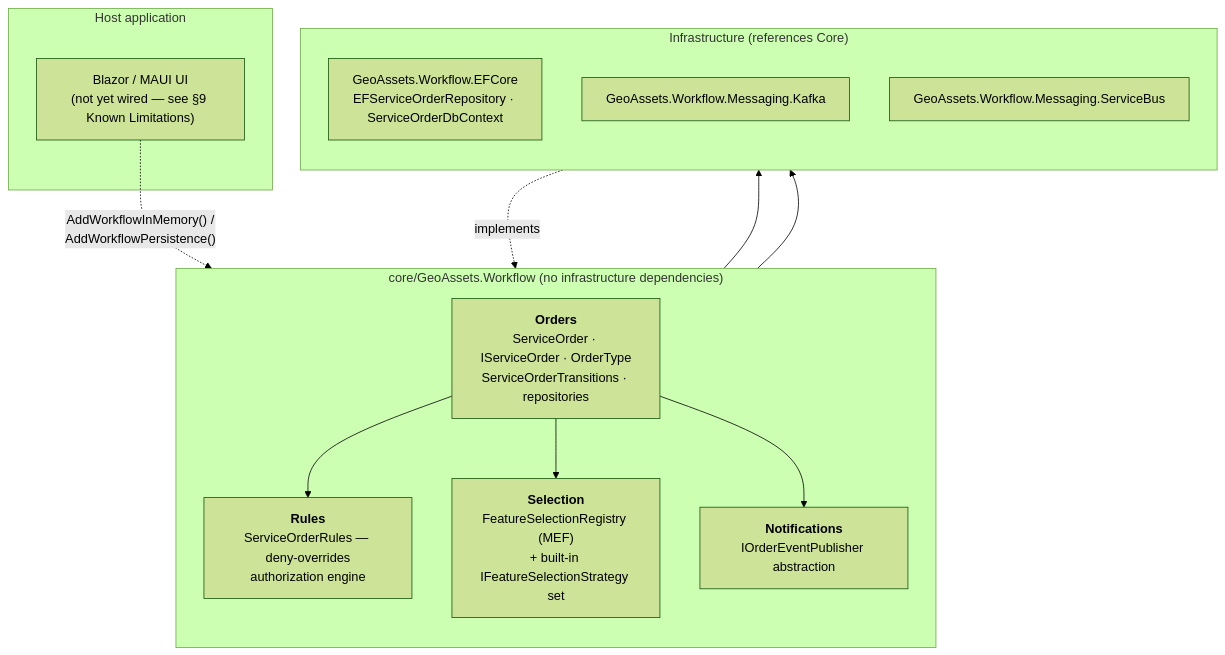
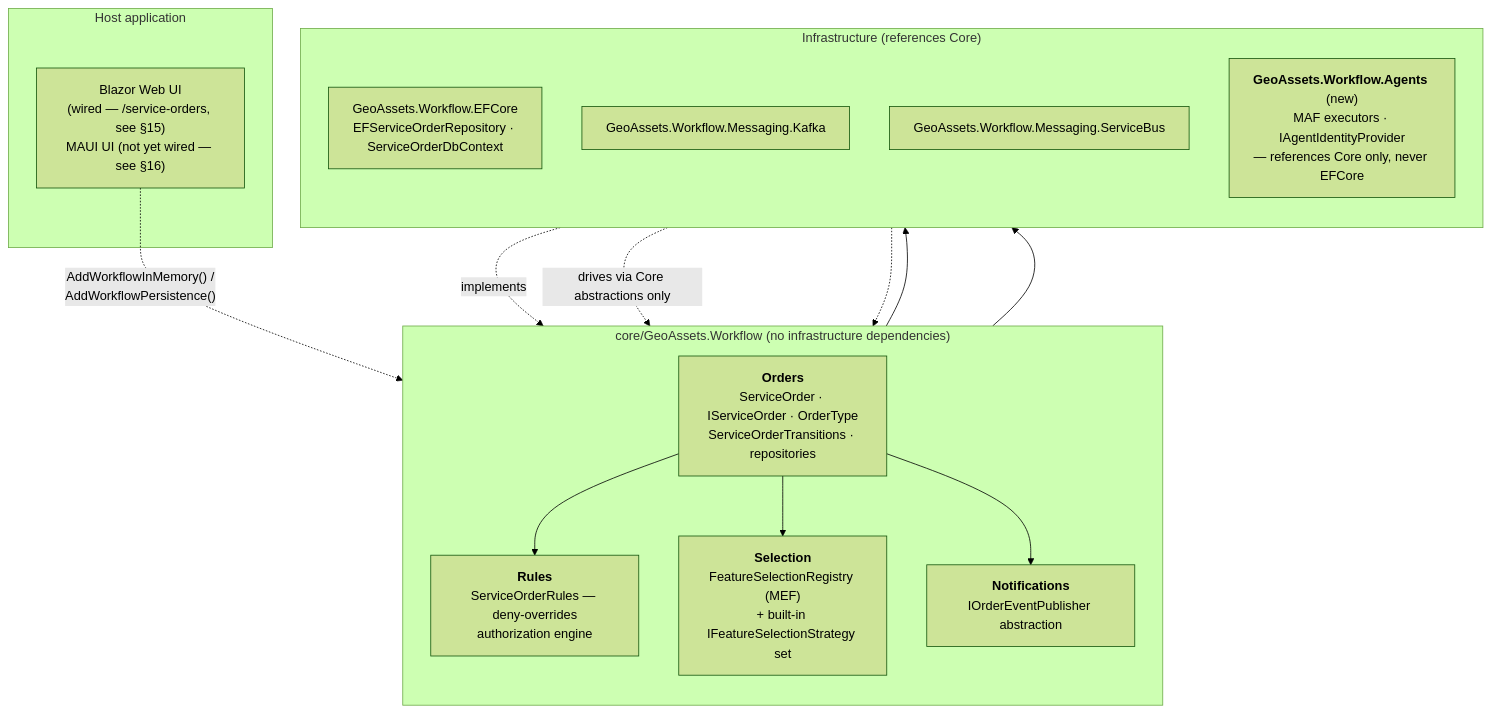
Before and after one commit to yuniorsf/GeoAssets: the first of 10 diagrams in ServiceOrder.md, drawn with Mermaid (forest theme). The commit also changed other lines of this file, not shown here.

First line of the commit message:
docs: update ServiceOrder.md for Web UI, attribute schema, and fixes shipped

````diff
--- a/ServiceOrder.md
+++ b/ServiceOrder.md
@@ -34,29 +40,32 @@
 ```mermaid
 flowchart TB
     subgraph Host["Host application"]
-        UI["Blazor / MAUI UI<br/>(not yet wired — see §9 Known Limitations)"]
+        UI["Blazor Web UI<br/>(wired — /service-orders, see §15)<br/>MAUI UI (not yet wired — see §16)"]
     end
 
     subgraph Core["core/GeoAssets.Workflow  (no infrastructure dependencies)"]
         direction TB
         Orders["<b>Orders</b><br/>ServiceOrder · IServiceOrder · OrderType<br/>ServiceOrderTransitions · repositories"]
         Rules["<b>Rules</b><br/>ServiceOrderRules — deny-overrides<br/>authorization engine"]
         Selection["<b>Selection</b><br/>FeatureSelectionRegistry (MEF)<br/>+ built-in IFeatureSelectionStrategy set"]
         Notifications["<b>Notifications</b><br/>IOrderEventPublisher abstraction"]
     end
 
     subgraph Infra["Infrastructure (references Core)"]
         direction TB
         EFCore["GeoAssets.Workflow.EFCore<br/>EFServiceOrderRepository · ServiceOrderDbContext"]
         Kafka["GeoAssets.Workflow.Messaging.Kafka"]
         SvcBus["GeoAssets.Workflow.Messaging.ServiceBus"]
+        Agents["<b>GeoAssets.Workflow.Agents</b> (new)<br/>MAF executors · IAgentIdentityProvider<br/>— references Core only, never EFCore"]
     end
 
     UI -.->|"AddWorkflowInMemory() /<br/>AddWorkflowPersistence()"| Orders
     Orders --> Rules
     Orders --> Selection
     Orders --> Notifications
     EFCore -.implements.-> Orders
     Notifications --> Kafka
     Notifications --> SvcBus
+    Agents -.drives via Core abstractions only.-> Orders
+    Agents -.-> Rules
 ```
````
